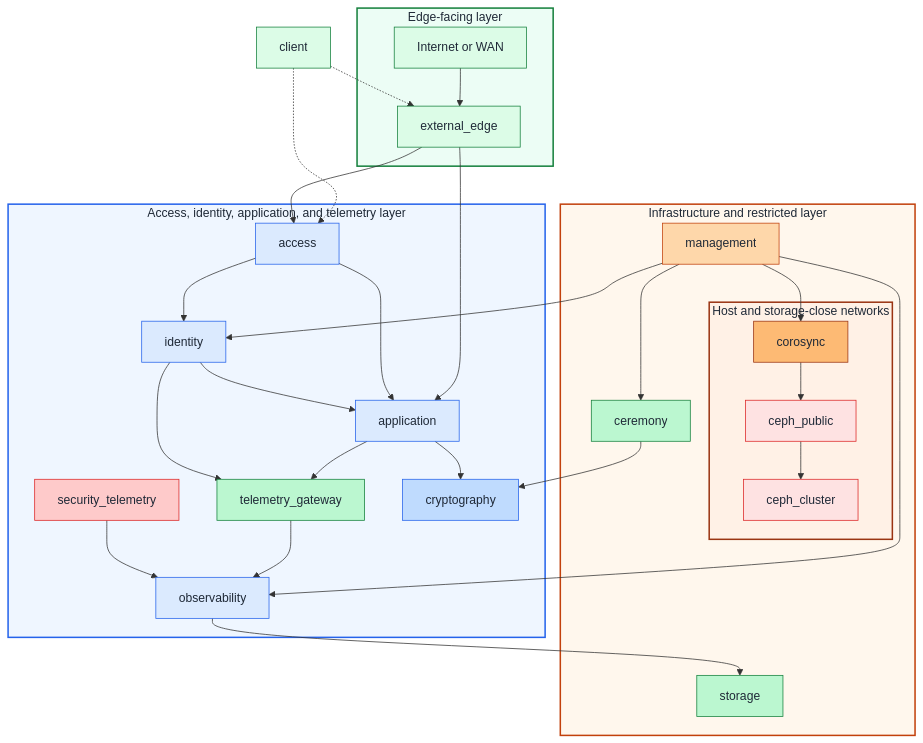
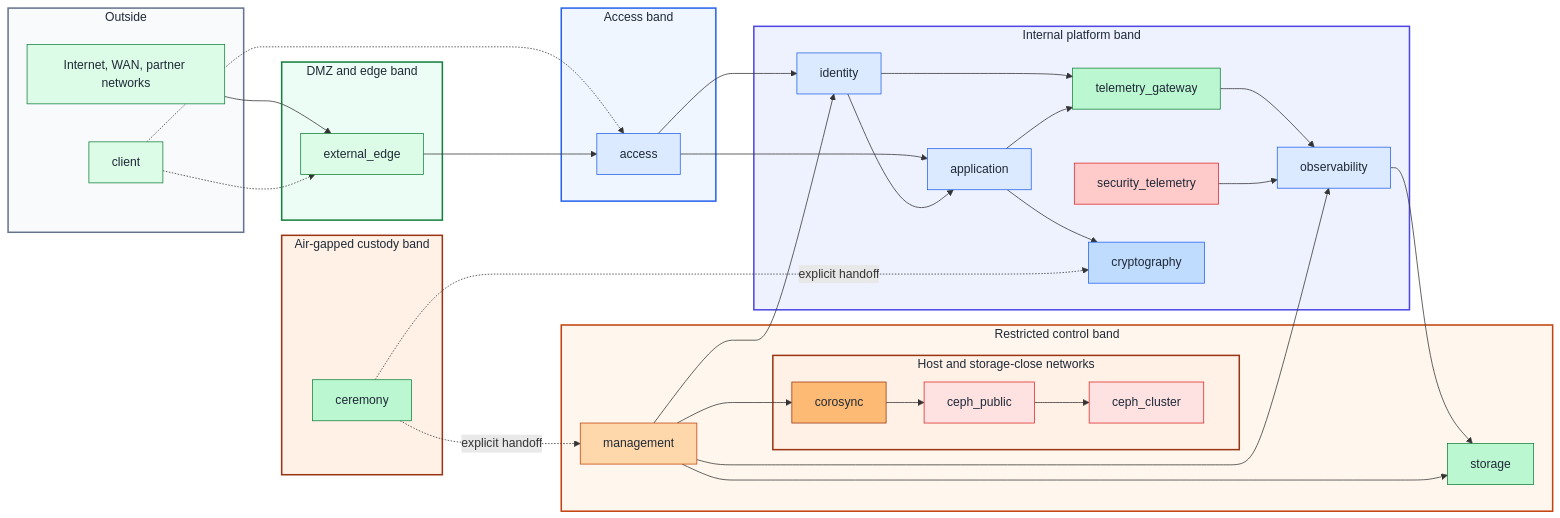
The diagram in docs/architecture/network.md (Rexus/homelab), drawn with Mermaid before and after one commit. The commit also changed other lines of this file and 44 other files, not shown here.

````diff
--- a/docs/architecture/network.md
+++ b/docs/architecture/network.md
@@ -33,15 +34,19 @@
 ```mermaid
-flowchart TB
-  Client[client]
-
-  subgraph Edge["Edge-facing layer"]
-    Internet[Internet or WAN]
-    ExternalEdge[external_edge]
-    Internet --> ExternalEdge
+flowchart LR
+  subgraph Outside["Outside"]
+    Internet["Internet, WAN, partner networks"]
+    Client["client"]
   end
 
-  subgraph App["Access, identity, application, and telemetry layer"]
+  subgraph Edge["DMZ and edge band"]
+    ExternalEdge[external_edge]
+  end
+
+  subgraph AccessBand["Access band"]
     Access[access]
+  end
+
+  subgraph Internal["Internal platform band"]
     Identity[identity]
     Application[application]
     TelemetryGateway[telemetry_gateway]
@@ -50,9 +55,8 @@
     Cryptography[cryptography]
   end
 
-  subgraph Infra["Infrastructure and restricted layer"]
+  subgraph Control["Restricted control band"]
     Mgmt[management]
-    Ceremony[ceremony]
     Storage[storage]
 
     subgraph Fabric["Host and storage-close networks"]
@@ -66,27 +70,35 @@
     CephPublic --> CephCluster
   end
 
+  subgraph Custody["Air-gapped custody band"]
+    Ceremony[ceremony]
+  end
+
+  Internet --> ExternalEdge
   Client -.-> ExternalEdge
   Client -.-> Access
   ExternalEdge --> Access
-  ExternalEdge --> Application
   Access --> Identity
   Access --> Application
   Identity --> Application
+  Identity --> TelemetryGateway
   Application --> Cryptography
   Application --> TelemetryGateway
-  Identity --> TelemetryGateway
   TelemetryGateway --> Observability
   SecurityTelemetry --> Observability
   Observability --> Storage
   Mgmt --> Identity
   Mgmt --> Observability
-  Mgmt --> Ceremony
-  Ceremony --> Cryptography
+  Mgmt --> Storage
+  Ceremony -. explicit handoff .-> Cryptography
+  Ceremony -. explicit handoff .-> Mgmt
 
+  style Outside fill:#f8fafc,stroke:#64748b,stroke-width:2px,color:#1f2937
   style Edge fill:#ecfdf5,stroke:#15803d,stroke-width:2px,color:#1f2937
-  style App fill:#eff6ff,stroke:#2563eb,stroke-width:2px,color:#1f2937
-  style Infra fill:#fff7ed,stroke:#c2410c,stroke-width:2px,color:#1f2937
+  style AccessBand fill:#eff6ff,stroke:#2563eb,stroke-width:2px,color:#1f2937
+  style Internal fill:#eef2ff,stroke:#4f46e5,stroke-width:2px,color:#1f2937
+  style Control fill:#fff7ed,stroke:#c2410c,stroke-width:2px,color:#1f2937
+  style Custody fill:#fff1e6,stroke:#9a3412,stroke-width:2px,color:#1f2937
   style Fabric fill:#fff1e6,stroke:#9a3412,stroke-width:2px,color:#1f2937
 
   classDef edgeNode fill:#dcfce7,stroke:#15803d,color:#1f2937
````
